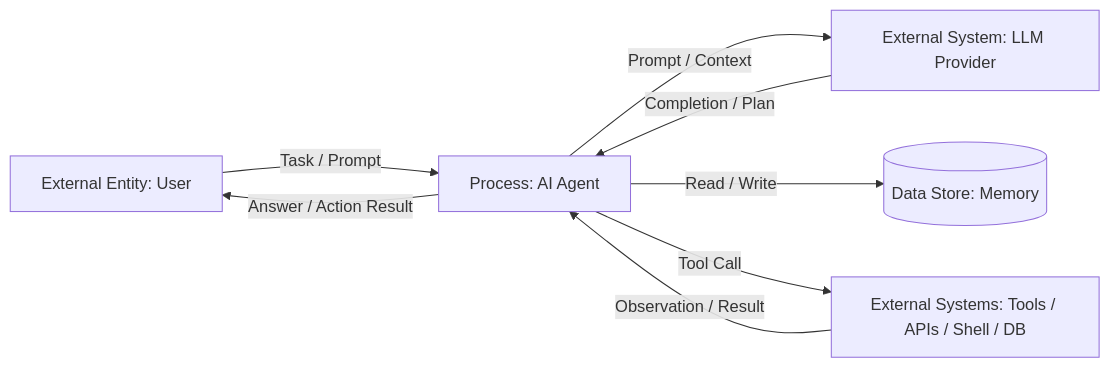
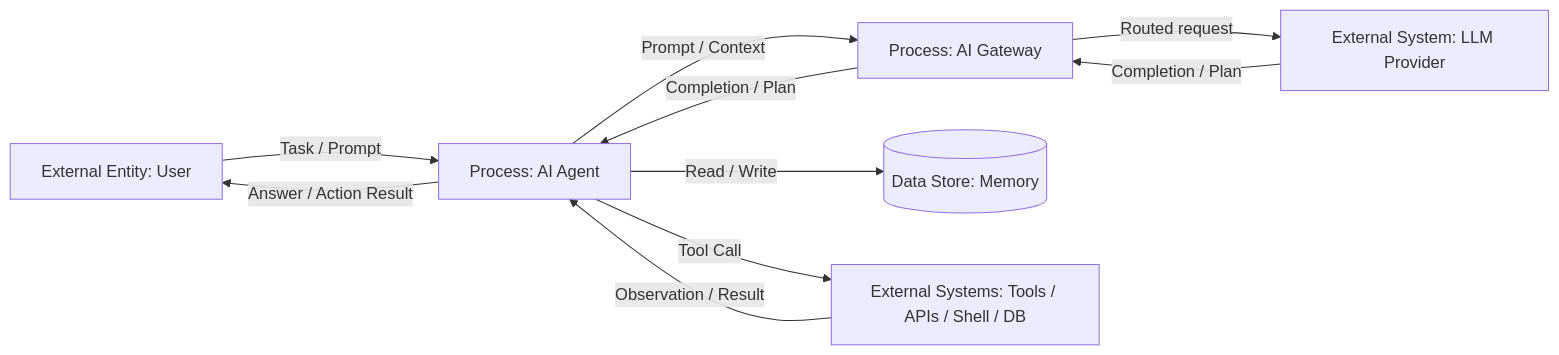
Before and after one commit to Extrarius/veles-guard: the diagram in notes/part-1-architecture-threats/01-introduction.md, drawn with Mermaid. The commit also changed other lines of this file and 2 other files, not shown here.

Commit message:
feat(part-1): add AI Gateway to agent composition in §01 Document Gateway in DFD and require model calls via inference proxy.

````diff
--- a/notes/part-1-architecture-threats/01-introduction.md
+++ b/notes/part-1-architecture-threats/01-introduction.md
@@ -79,13 +87,15 @@
 ```mermaid
 flowchart LR
     User[External Entity: User] -->|Task / Prompt| Agent[Process: AI Agent]
     Agent -->|Answer / Action Result| User
 
-    Agent -->|Prompt / Context| LLM[External System: LLM Provider]
-    LLM -->|Completion / Plan| Agent
+    Agent -->|Prompt / Context| Gateway[Process: AI Gateway]
+    Gateway -->|Routed request| LLM[External System: LLM Provider]
+    LLM -->|Completion / Plan| Gateway
+    Gateway -->|Completion / Plan| Agent
 
     Agent -->|Read / Write| Memory[(Data Store: Memory)]
 
     Agent -->|Tool Call| Tools[External Systems: Tools / APIs / Shell / DB]
     Tools -->|Observation / Result| Agent
 ```
````
